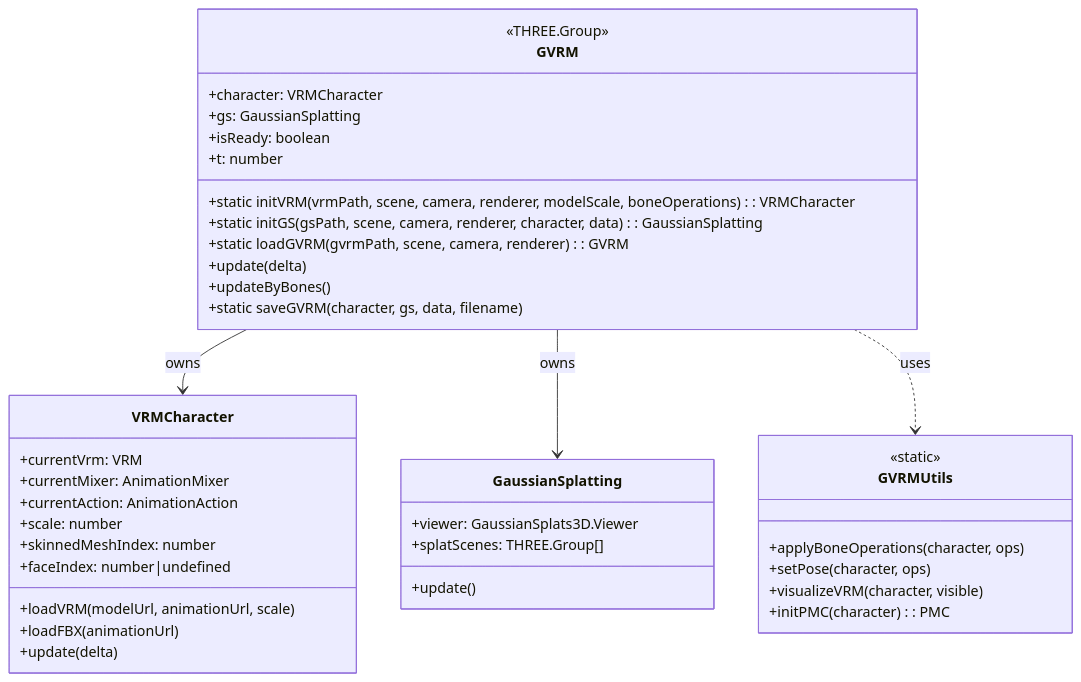
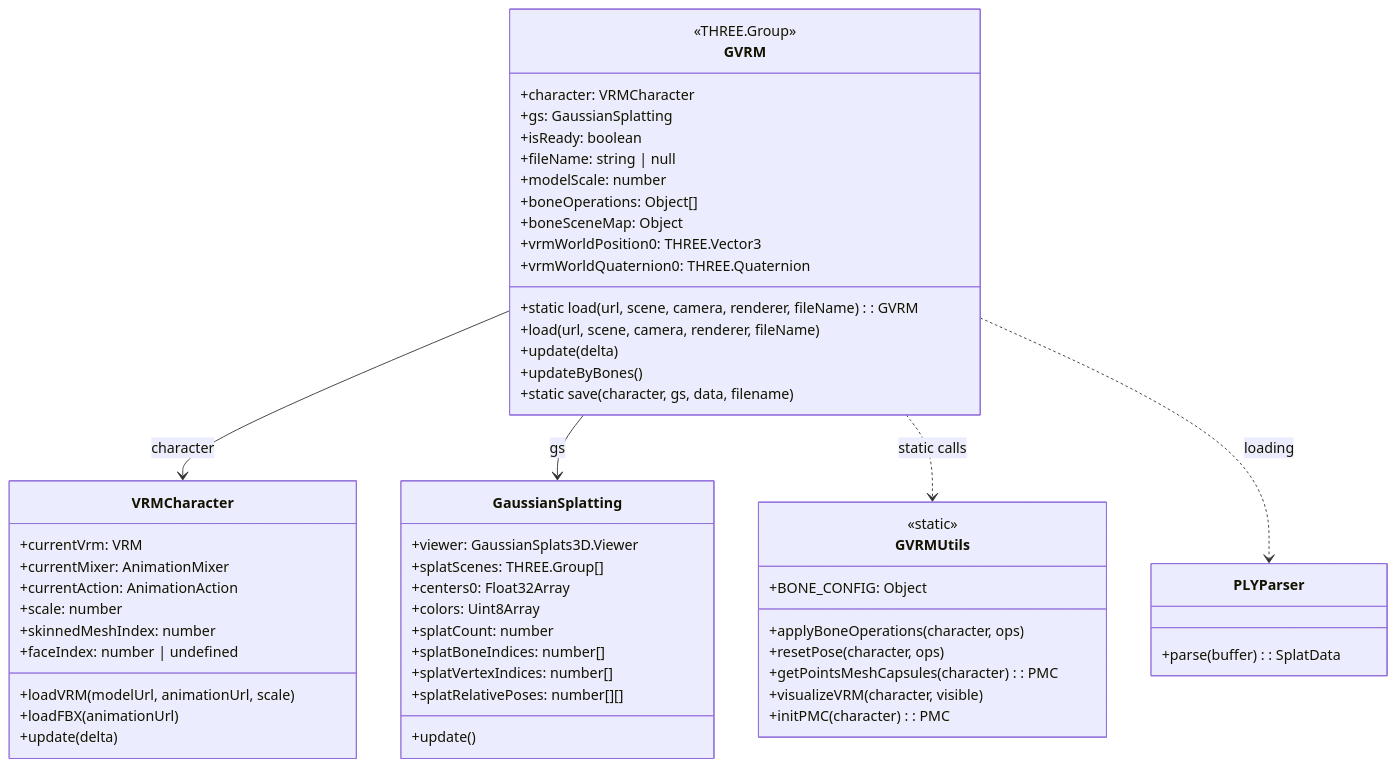
The third of 8 diagrams in ARCHITECTURE.md (camaty/gaussian-vrm), drawn with Mermaid before and after one commit. The commit also changed other lines of this file and 1 other file, not shown here.

````diff
--- a/ARCHITECTURE.md
+++ b/ARCHITECTURE.md
@@ -176,46 +174,63 @@
 ```mermaid
 classDiagram
     class GVRM {
         <<THREE.Group>>
         +character: VRMCharacter
         +gs: GaussianSplatting
         +isReady: boolean
-        +t: number
-        +static initVRM(vrmPath, scene, camera, renderer, modelScale, boneOperations): VRMCharacter
-        +static initGS(gsPath, scene, camera, renderer, character, data): GaussianSplatting
-        +static loadGVRM(gvrmPath, scene, camera, renderer): GVRM
+        +fileName: string | null
+        +modelScale: number
+        +boneOperations: Object[]
+        +boneSceneMap: Object
+        +vrmWorldPosition0: THREE.Vector3
+        +vrmWorldQuaternion0: THREE.Quaternion
+        +static load(url, scene, camera, renderer, fileName): GVRM
+        +load(url, scene, camera, renderer, fileName)
         +update(delta)
         +updateByBones()
-        +static saveGVRM(character, gs, data, filename)
+        +static save(character, gs, data, filename)
     }
 
     class VRMCharacter {
         +currentVrm: VRM
         +currentMixer: AnimationMixer
         +currentAction: AnimationAction
         +scale: number
         +skinnedMeshIndex: number
-        +faceIndex: number|undefined
+        +faceIndex: number | undefined
         +loadVRM(modelUrl, animationUrl, scale)
         +loadFBX(animationUrl)
         +update(delta)
     }
 
     class GaussianSplatting {
         +viewer: GaussianSplats3D.Viewer
         +splatScenes: THREE.Group[]
+        +centers0: Float32Array
+        +colors: Uint8Array
+        +splatCount: number
+        +splatBoneIndices: number[]
+        +splatVertexIndices: number[]
+        +splatRelativePoses: number[][]
         +update()
     }
 
     class GVRMUtils {
         <<static>>
+        +BONE_CONFIG: Object
         +applyBoneOperations(character, ops)
-        +setPose(character, ops)
+        +resetPose(character, ops)
+        +getPointsMeshCapsules(character): PMC
         +visualizeVRM(character, visible)
         +initPMC(character): PMC
     }
 
-    GVRM --> VRMCharacter : owns
-    GVRM --> GaussianSplatting : owns
-    GVRM ..> GVRMUtils : uses
+    class PLYParser {
+        +parse(buffer): SplatData
+    }
+
+    GVRM --> VRMCharacter : character
+    GVRM --> GaussianSplatting : gs
+    GVRM ..> GVRMUtils : static calls
+    GVRM ..> PLYParser : loading
 ```
````
